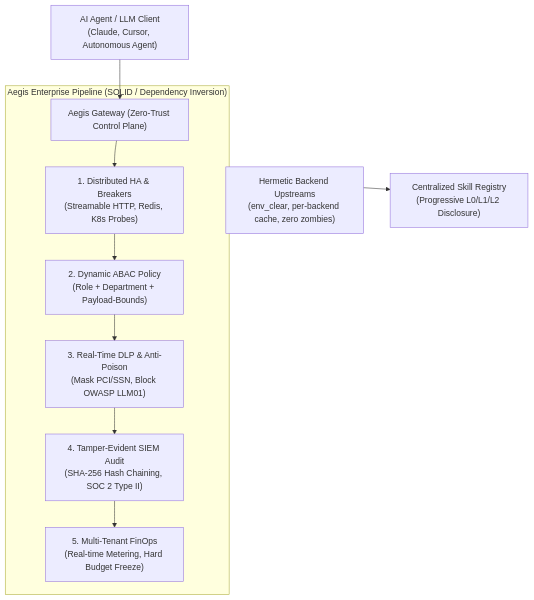
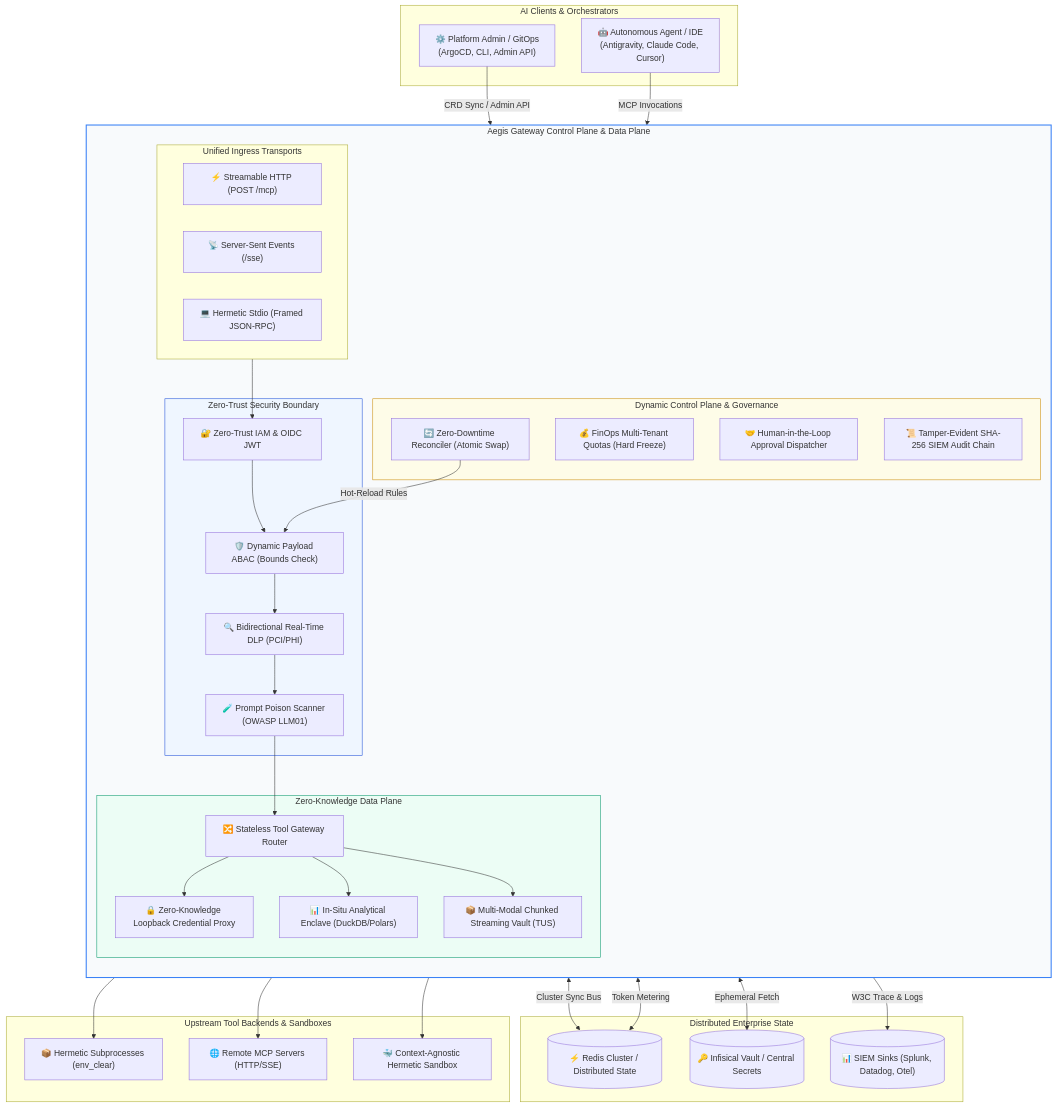
Before and after one commit to ihkaru/aegis-gateway: the diagram in README.md, drawn with Mermaid. The commit also changed other lines of this file and 7 other files, not shown here.

Commit message:
feat(protocol): implement Phase 29 (Modern Stateless MCP 2026-07-28 & Dual-Stack Adaptive Negotiation)

````diff
--- a/README.md
+++ b/README.md
@@ -19,15 +57,71 @@
 ```mermaid
 flowchart TD
-    Client["AI Agent / LLM Client<br/>(Claude, Cursor, Autonomous Agent)"] --> GW["Aegis Gateway (Zero-Trust Control Plane)"]
-    
-    subgraph Core["Aegis Enterprise Pipeline (SOLID / Dependency Inversion)"]
-        GW --> P1["1. Distributed HA & Breakers<br/>(Streamable HTTP, Redis, K8s Probes)"]
-        P1 --> P2["2. Dynamic ABAC Policy<br/>(Role + Department + Payload-Bounds)"]
-        P2 --> P3["3. Real-Time DLP & Anti-Poison<br/>(Mask PCI/SSN, Block OWASP LLM01)"]
-        P3 --> P4["4. Tamper-Evident SIEM Audit<br/>(SHA-256 Hash Chaining, SOC 2 Type II)"]
-        P4 --> P5["5. Multi-Tenant FinOps<br/>(Real-time Metering, Hard Budget Freeze)"]
+    subgraph Clients["AI Clients & Orchestrators"]
+        Agent["🤖 Autonomous Agent / IDE<br/>(Antigravity, Claude Code, Cursor)"]
+        Admin["⚙️ Platform Admin / GitOps<br/>(ArgoCD, CLI, Admin API)"]
     end
-    
-    Core --> Tools["Hermetic Backend Upstreams<br/>(env_clear, per-backend cache, zero zombies)"]
-    Core --> Skills["Centralized Skill Registry<br/>(Progressive L0/L1/L2 Disclosure)"]
+
+    subgraph Aegis["Aegis Gateway Control Plane & Data Plane"]
+        direction TB
+
+        subgraph Ingress["Unified Ingress Transports"]
+            HTTP["⚡ Streamable HTTP (POST /mcp)"]
+            SSE["📡 Server-Sent Events (/sse)"]
+            STDIO["💻 Hermetic Stdio (Framed JSON-RPC)"]
+        end
+
+        subgraph Security["Zero-Trust Security Boundary"]
+            Auth["🔐 Zero-Trust IAM & OIDC JWT"]
+            ABAC["🛡️ Dynamic Payload ABAC (Bounds Check)"]
+            DLP["🔍 Bidirectional Real-Time DLP (PCI/PHI)"]
+            Poison["🧪 Prompt Poison Scanner (OWASP LLM01)"]
+        end
+
+        subgraph Control["Dynamic Control Plane & Governance"]
+            Reconciler["🔄 Zero-Downtime Reconciler (Atomic Swap)"]
+            FinOps["💰 FinOps Multi-Tenant Quotas (Hard Freeze)"]
+            HITL["🤝 Human-in-the-Loop Approval Dispatcher"]
+            Audit["📜 Tamper-Evident SHA-256 SIEM Audit Chain"]
+        end
+
+        subgraph Data["Zero-Knowledge Data Plane"]
+            Router["🔀 Stateless Tool Gateway Router"]
+            Proxy["🔒 Zero-Knowledge Loopback Credential Proxy"]
+            InSitu["📊 In-Situ Analytical Enclave (DuckDB/Polars)"]
+            Vault["📦 Multi-Modal Chunked Streaming Vault (TUS)"]
+        end
+    end
+
+    subgraph State["Distributed Enterprise State"]
+        Redis[("⚡ Redis Cluster / Distributed State")]
+        SecretStore[("🔑 Infisical Vault / Central Secrets")]
+        SIEM[("📊 SIEM Sinks (Splunk, Datadog, Otel)")]
+    end
+
+    subgraph Upstreams["Upstream Tool Backends & Sandboxes"]
+        Subprocess["📦 Hermetic Subprocesses (env_clear)"]
+        RemoteMCP["🌐 Remote MCP Servers (HTTP/SSE)"]
+        Sandbox["🐳 Context-Agnostic Hermetic Sandbox"]
+    end
+
+    Agent -->|"MCP Invocations"| Ingress
+    Admin -->|"CRD Sync / Admin API"| Reconciler
+
+    Ingress --> Auth --> ABAC --> DLP --> Poison
+    Poison --> Router
+
+    Reconciler <-->|"Cluster Sync Bus"| Redis
+    Reconciler -->|"Hot-Reload Rules"| ABAC
+    FinOps <-->|"Token Metering"| Redis
+    Audit -->|"W3C Trace & Logs"| SIEM
+    Proxy <-->|"Ephemeral Fetch"| SecretStore
+
+    Router --> Proxy
+    Proxy --> Subprocess & RemoteMCP
+    Router --> InSitu & Sandbox & Vault
+
+    style Aegis fill:#f8fafc,stroke:#3b82f6,stroke-width:2px
+    style Security fill:#eff6ff,stroke:#1d4ed8
+    style Control fill:#fefce8,stroke:#ca8a04
+    style Data fill:#ecfdf5,stroke:#059669
 ```
````
